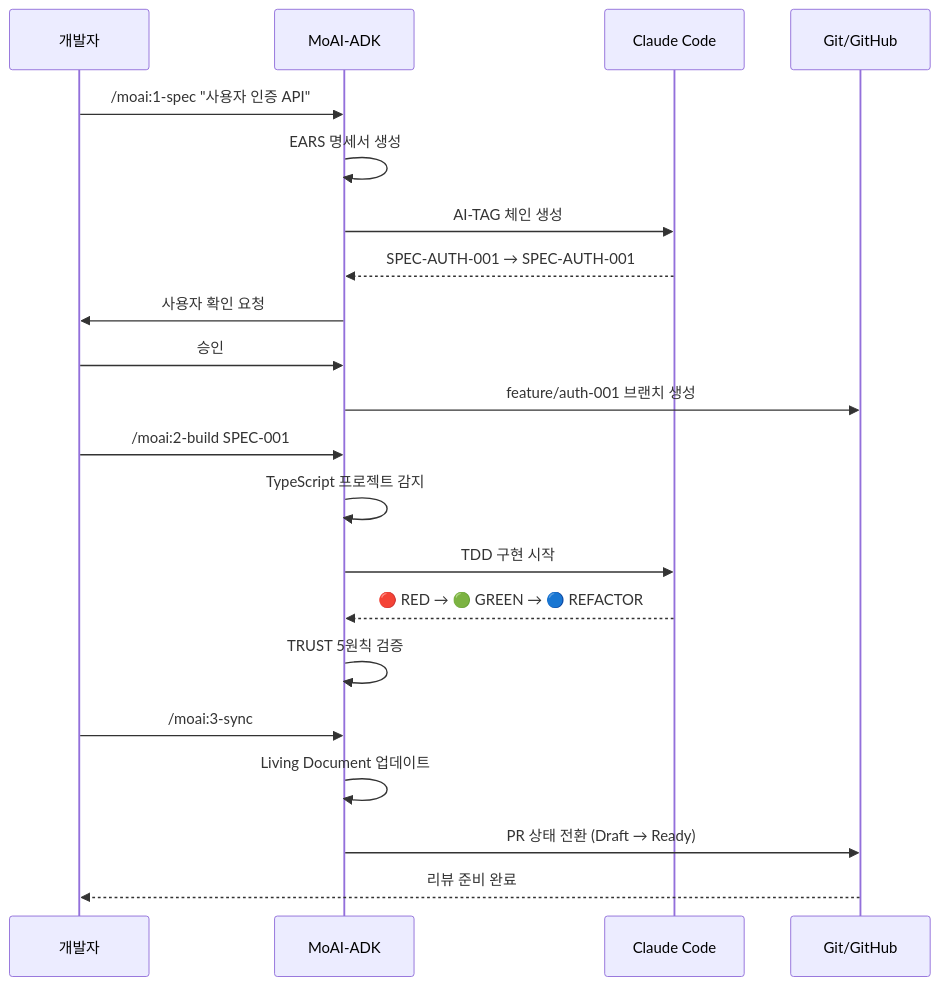
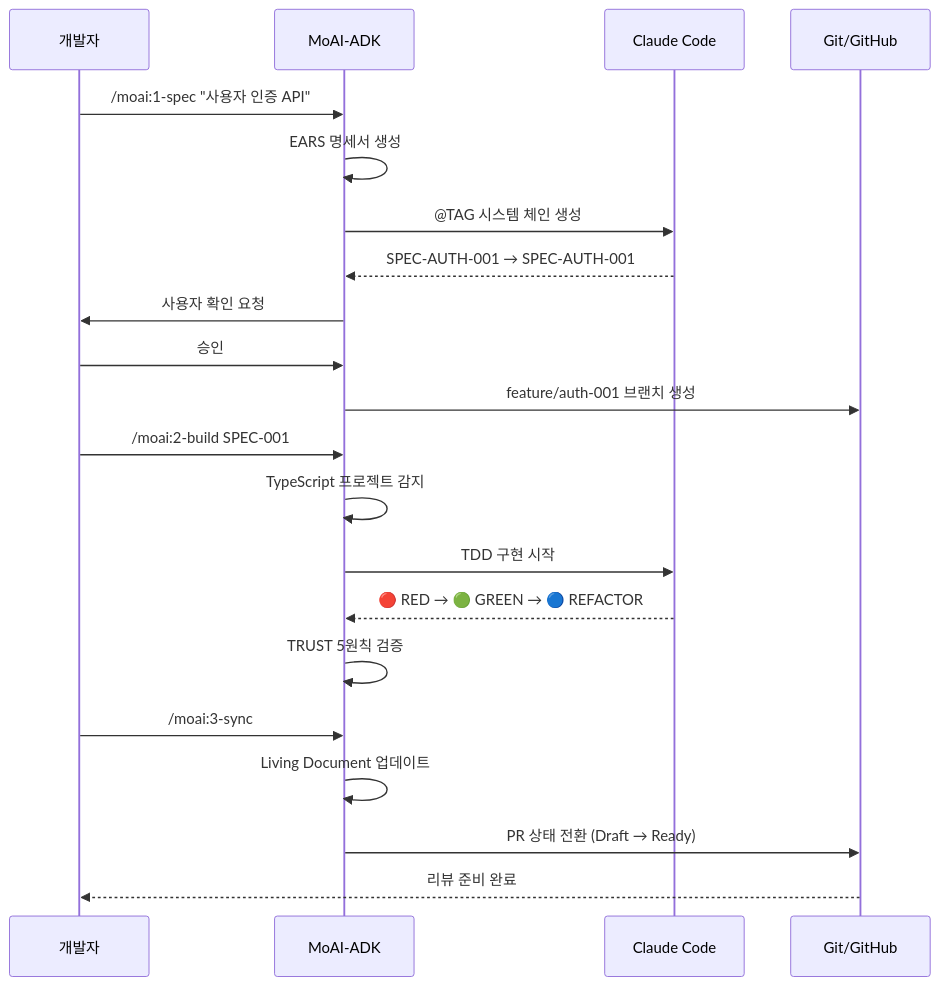
Before and after one commit to modu-ai/moai-adk: the fifth of 6 diagrams in README.md, drawn with Mermaid. The commit also changed other lines of this file and 7 other files, not shown here.

````diff
--- a/README.md
+++ b/README.md
@@ -346,26 +346,26 @@
 ```mermaid
 sequenceDiagram
     participant Dev as 개발자
     participant MoAI as MoAI-ADK
     participant Claude as Claude Code
     participant Git as Git/GitHub
 
     Dev->>MoAI: /moai:1-spec "사용자 인증 API"
     MoAI->>MoAI: EARS 명세서 생성
-    MoAI->>Claude: AI-TAG 체인 생성
+    MoAI->>Claude: @TAG 시스템 체인 생성
     Claude-->>MoAI: SPEC-AUTH-001 → SPEC-AUTH-001
     MoAI->>Dev: 사용자 확인 요청
     Dev->>MoAI: 승인
     MoAI->>Git: feature/auth-001 브랜치 생성
 
     Dev->>MoAI: /moai:2-build SPEC-001
     MoAI->>MoAI: TypeScript 프로젝트 감지
     MoAI->>Claude: TDD 구현 시작
     Claude-->>MoAI: 🔴 RED → 🟢 GREEN → 🔵 REFACTOR
     MoAI->>MoAI: TRUST 5원칙 검증
 
     Dev->>MoAI: /moai:3-sync
     MoAI->>MoAI: Living Document 업데이트
     MoAI->>Git: PR 상태 전환 (Draft → Ready)
     Git-->>Dev: 리뷰 준비 완료
 ```
````
